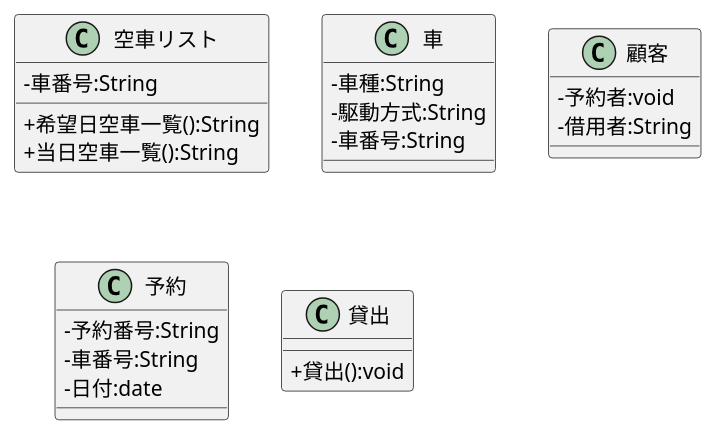
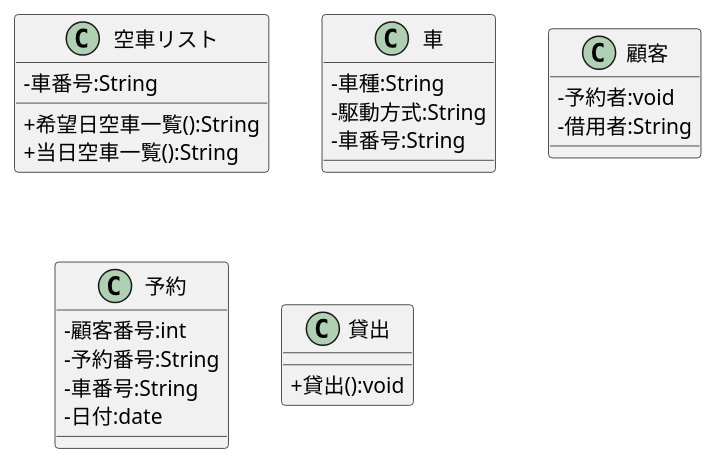
One commit to marute0215/uml-introduction changed the diagram in 例題3-1_CL_車両貸出システム.pu. Above: the diagram before and after it, drawn with PlantUML.

Commit message:
例題提出

```diff
--- a/例題3-1_CL_車両貸出システム.pu
+++ b/例題3-1_CL_車両貸出システム.pu
@@ -1,25 +1,26 @@
 @startuml
 skinparam classAttributeIconSize 0
 class 空車リスト  {
 -車番号:String
 +希望日空車一覧():String
 +当日空車一覧():String
 }
 class 車 {
 - 車種:String
 - 駆動方式:String
 - 車番号:String
 }
 class 顧客 {
 - 予約者:void
 - 借用者:String
 }
 class 予約 {
+- 顧客番号:int
 - 予約番号:String
 - 車番号:String
 - 日付:date
 }
 class 貸出{
 + 貸出():void
 }
 @enduml
```
